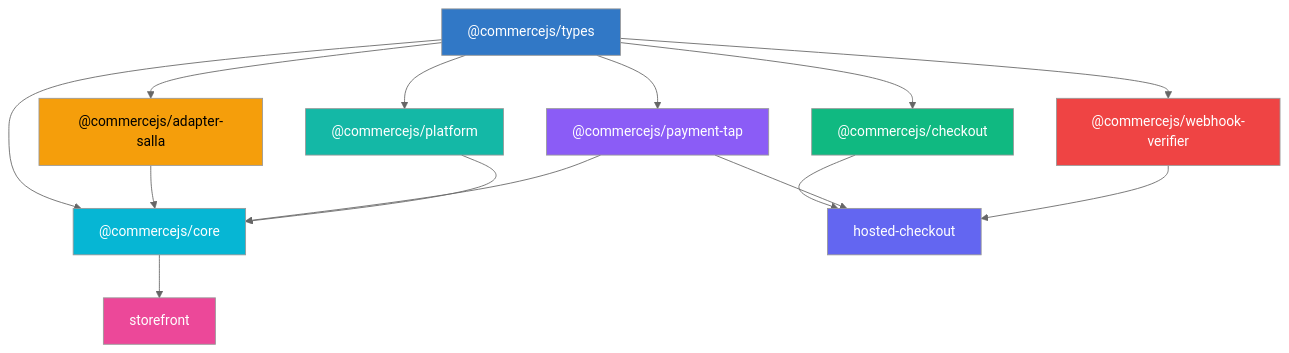
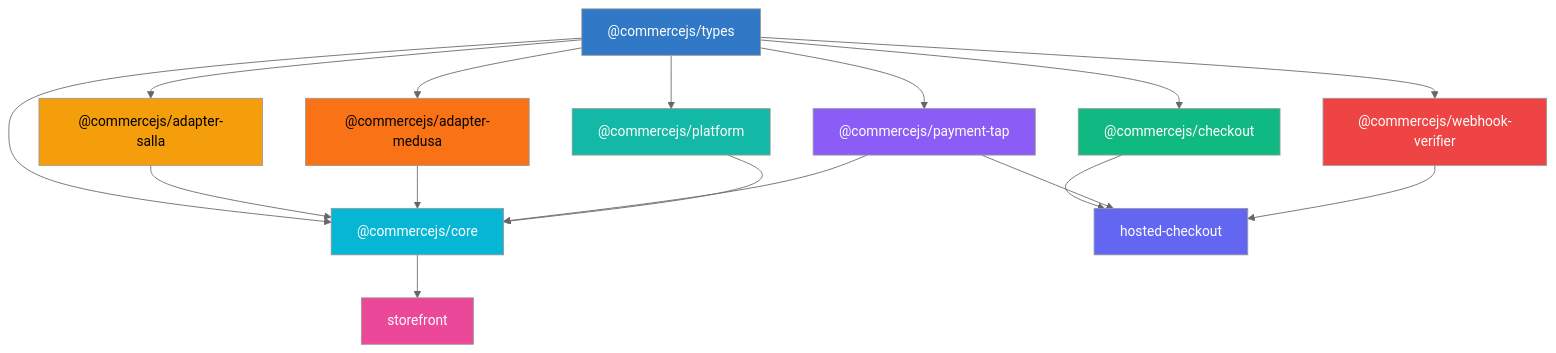
One commit to commerce-js/commerce.js changed the diagram in README.md. Above: the diagram before and after it, drawn with Mermaid (neutral theme). The commit also changed other lines of this file and 8 other files, not shown here.

First line of the commit message:
docs: add Medusa adapter documentation

````diff
--- a/README.md
+++ b/README.md
@@ -66,26 +67,29 @@
 ```mermaid
 graph TD
     A["@commercejs/types"] --> B["@commercejs/checkout"]
     A --> C["@commercejs/payment-tap"]
     A --> D["@commercejs/adapter-salla"]
+    A --> D2["@commercejs/adapter-medusa"]
     A --> E["@commercejs/webhook-verifier"]
     A --> H["@commercejs/core"]
     A --> I["@commercejs/platform"]
     D --> H
+    D2 --> H
     C --> H
     I --> H
     B --> F["hosted-checkout"]
     C --> F
     E --> F
     H --> G["storefront"]
 
     style A fill:#3178C6,color:#fff
     style B fill:#10B981,color:#fff
     style C fill:#8B5CF6,color:#fff
     style D fill:#F59E0B,color:#000
+    style D2 fill:#F97316,color:#000
     style E fill:#EF4444,color:#fff
     style F fill:#6366F1,color:#fff
     style G fill:#EC4899,color:#fff
     style H fill:#06B6D4,color:#fff
     style I fill:#14B8A6,color:#fff
 ```
````
